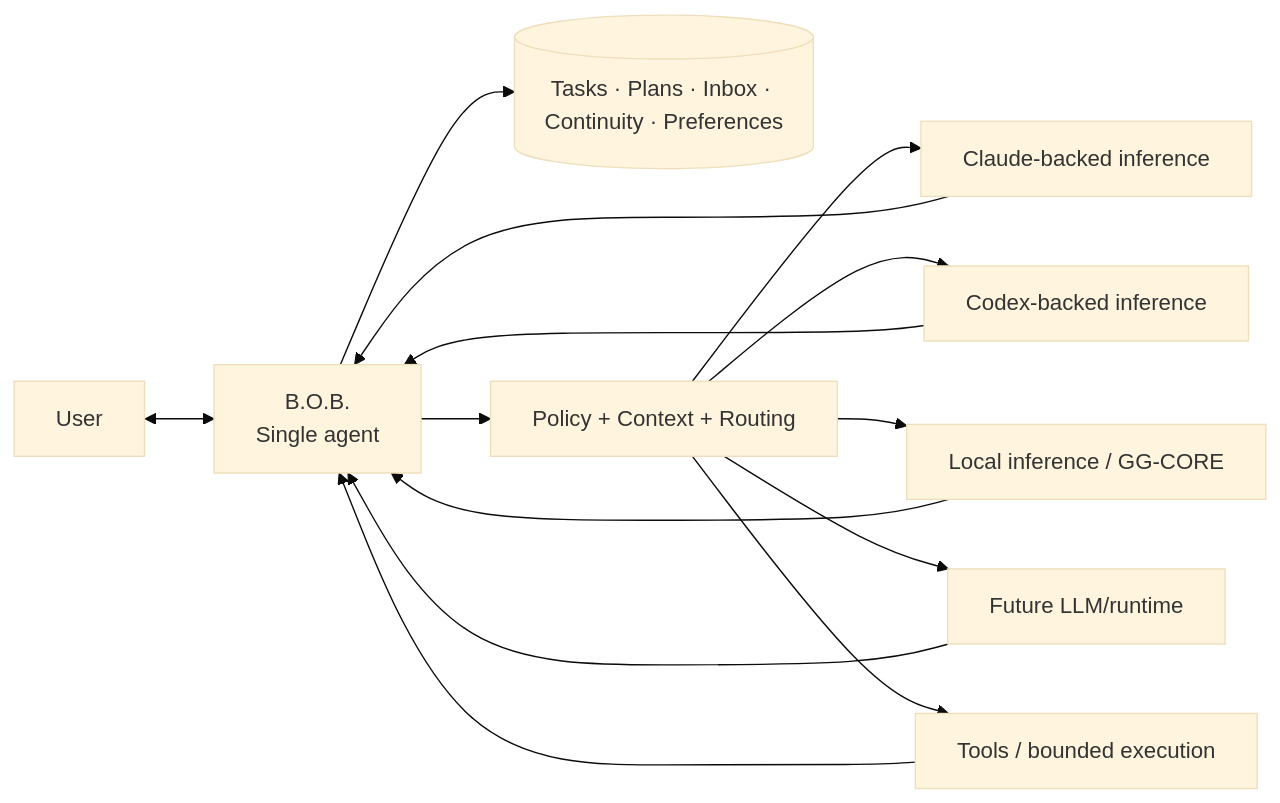
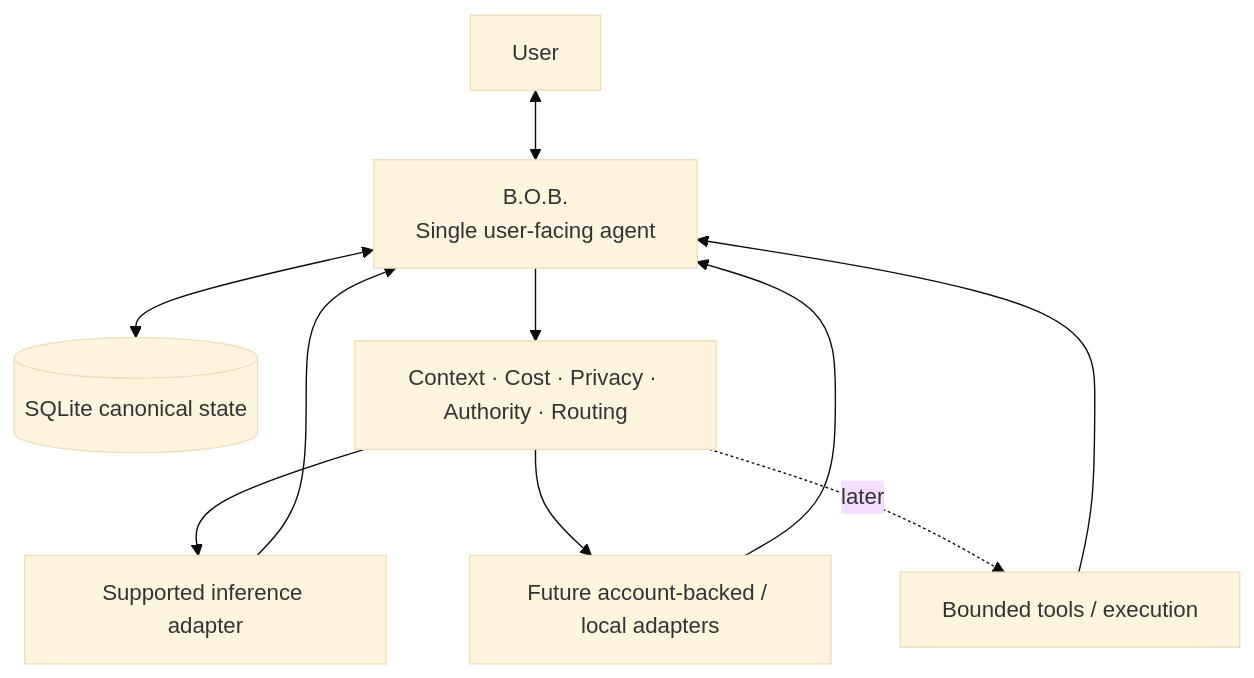
Before and after one commit to Knapp-Kevin/B.O.B.: the first of 2 diagrams in README.md, drawn with Mermaid (base theme). The commit also changed other lines of this file, not shown here.

Commit message:
Reconcile README with current B.O.B. direction

````diff
--- a/README.md
+++ b/README.md
@@ -56,19 +66,15 @@
 ```mermaid
-flowchart LR
-    U[User] <--> B[B.O.B.\nSingle agent]
+flowchart TB
+    USER[User] <--> BOB[B.O.B.\nSingle user-facing agent]
 
-    B --> W[(Tasks · Plans · Inbox · Continuity · Preferences)]
-    B --> P[Policy + Context + Routing]
+    BOB <--> STATE[(SQLite canonical state)]
+    BOB --> POLICY[Context · Cost · Privacy · Authority · Routing]
 
-    P --> C[Claude-backed inference]
-    P --> X[Codex-backed inference]
-    P --> L[Local inference / GG-CORE]
-    P --> F[Future LLM/runtime]
-    P --> T[Tools / bounded execution]
+    POLICY --> CURRENT[Supported inference adapter]
+    POLICY --> FUTURE[Future account-backed / local adapters]
+    POLICY -. later .-> TOOLS[Bounded tools / execution]
 
-    C --> B
-    X --> B
-    L --> B
-    F --> B
-    T --> B
+    CURRENT --> BOB
+    FUTURE --> BOB
+    TOOLS --> BOB
 ```
````
